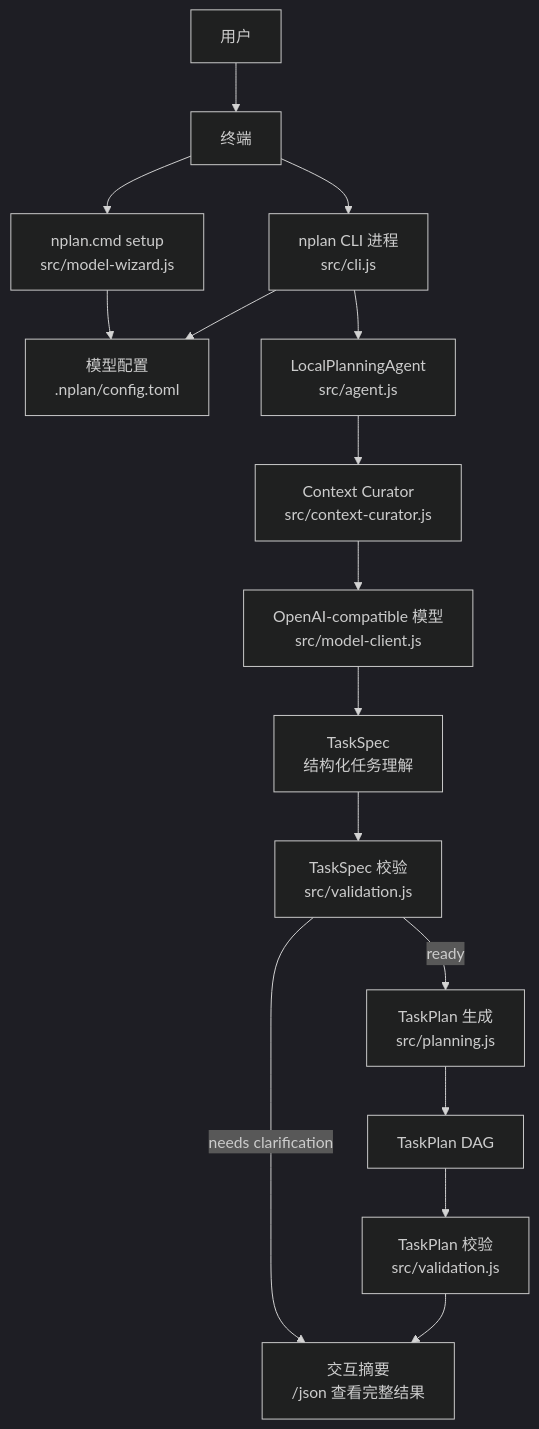
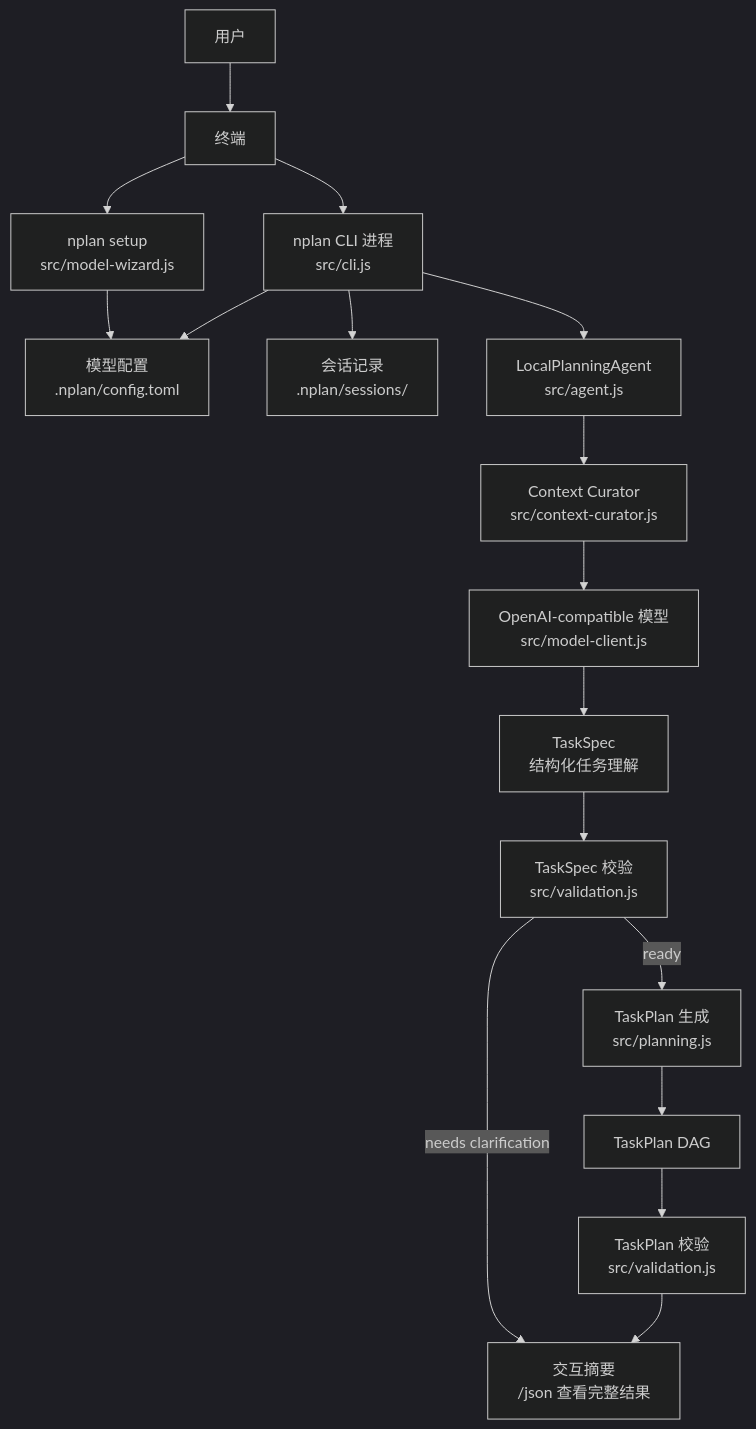
One commit to xqct0001/nplan changed the first of 4 diagrams in docs/nplan_process_task_obsidian.md. Above: the diagram before and after it, drawn with Mermaid (dark theme). The commit also changed other lines of this file and 14 other files, not shown here.

````diff
--- a/docs/nplan_process_task_obsidian.md
+++ b/docs/nplan_process_task_obsidian.md
@@ -44,33 +46,35 @@
 ```mermaid
 flowchart TD
   User["用户"]
   Shell["终端"]
   CLI["nplan CLI 进程<br/>src/cli.js"]
-  Setup["nplan.cmd setup<br/>src/model-wizard.js"]
+  Setup["nplan setup<br/>src/model-wizard.js"]
   Config["模型配置<br/>.nplan/config.toml"]
+  Session["会话记录<br/>.nplan/sessions/"]
   Agent["LocalPlanningAgent<br/>src/agent.js"]
   Context["Context Curator<br/>src/context-curator.js"]
   Model["OpenAI-compatible 模型<br/>src/model-client.js"]
   Spec["TaskSpec<br/>结构化任务理解"]
   SpecCheck["TaskSpec 校验<br/>src/validation.js"]
   Planner["TaskPlan 生成<br/>src/planning.js"]
   Plan["TaskPlan DAG"]
   PlanCheck["TaskPlan 校验<br/>src/validation.js"]
   Summary["交互摘要<br/>/json 查看完整结果"]
 
   User --> Shell
   Shell --> CLI
   Shell --> Setup
   Setup --> Config
   CLI --> Config
+  CLI --> Session
   CLI --> Agent
   Agent --> Context
   Context --> Model
   Model --> Spec
   Spec --> SpecCheck
   SpecCheck -->|"ready"| Planner
   SpecCheck -->|"needs clarification"| Summary
   Planner --> Plan
   Plan --> PlanCheck
   PlanCheck --> Summary
 ```
````
